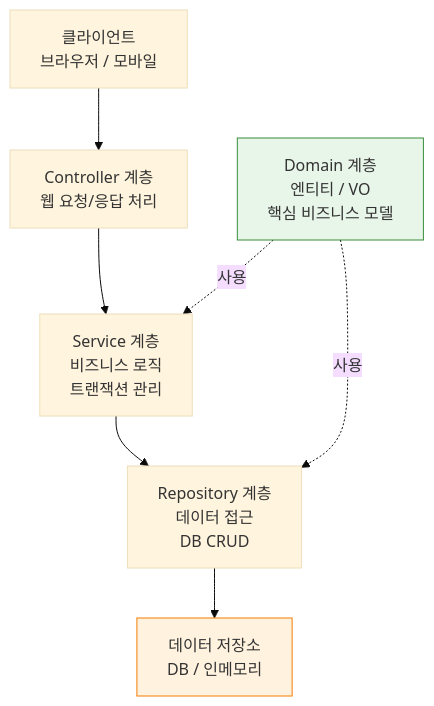
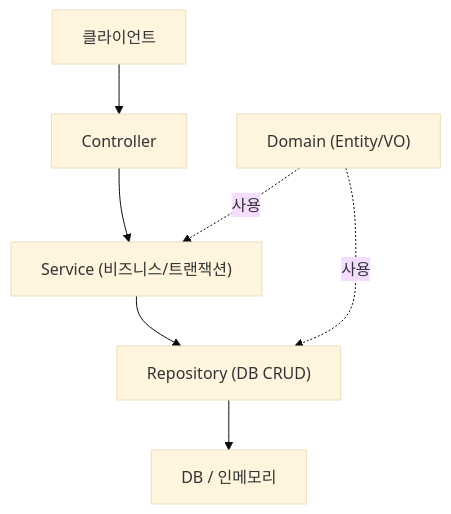
One commit to yjkim2015/yjkim2015.github.io changed the first of 5 diagrams in _posts/springboot/2021-05-30-springboot-회원 관리 예제.md. Above: the diagram before and after it, drawn with Mermaid (base theme). The commit also changed other lines of this file and 215 other files, not shown here.

First line of the commit message:
신규 포스트 10개 추가 + Mermaid 전면 축소 + SystemDesign 시리즈 보강

````diff
--- a/_posts/springboot/2021-05-30-springboot-회원 관리 예제.md
+++ b/_posts/springboot/2021-05-30-springboot-회원 관리 예제.md
@@ -19,19 +19,9 @@
 ```mermaid
 graph TD
-    CLI["클라이언트\n브라우저 / 모바일"]
-    CTRL["Controller 계층\n웹 요청/응답 처리"]
-    SVC["Service 계층\n비즈니스 로직\n트랜잭션 관리"]
-    REPO["Repository 계층\n데이터 접근\nDB CRUD"]
-    DOMAIN["Domain 계층\n엔티티 / VO\n핵심 비즈니스 모델"]
-    DB["데이터 저장소\nDB / 인메모리"]
-
-    CLI --> CTRL
-    CTRL --> SVC
-    SVC --> REPO
-    REPO --> DB
-    DOMAIN -.->|"사용"| SVC
-    DOMAIN -.->|"사용"| REPO
-
-    style DOMAIN fill:#e8f5e9,stroke:#388e3c
-    style DB fill:#fff3e0,stroke:#f57c00
+    CLI["클라이언트"] --> CTRL["Controller"]
+    CTRL --> SVC["Service (비즈니스/트랜잭션)"]
+    SVC --> REPO["Repository (DB CRUD)"]
+    REPO --> DB["DB / 인메모리"]
+    DOMAIN["Domain (Entity/VO)"] -.->|사용| SVC
+    DOMAIN -.->|사용| REPO
 ```
````
